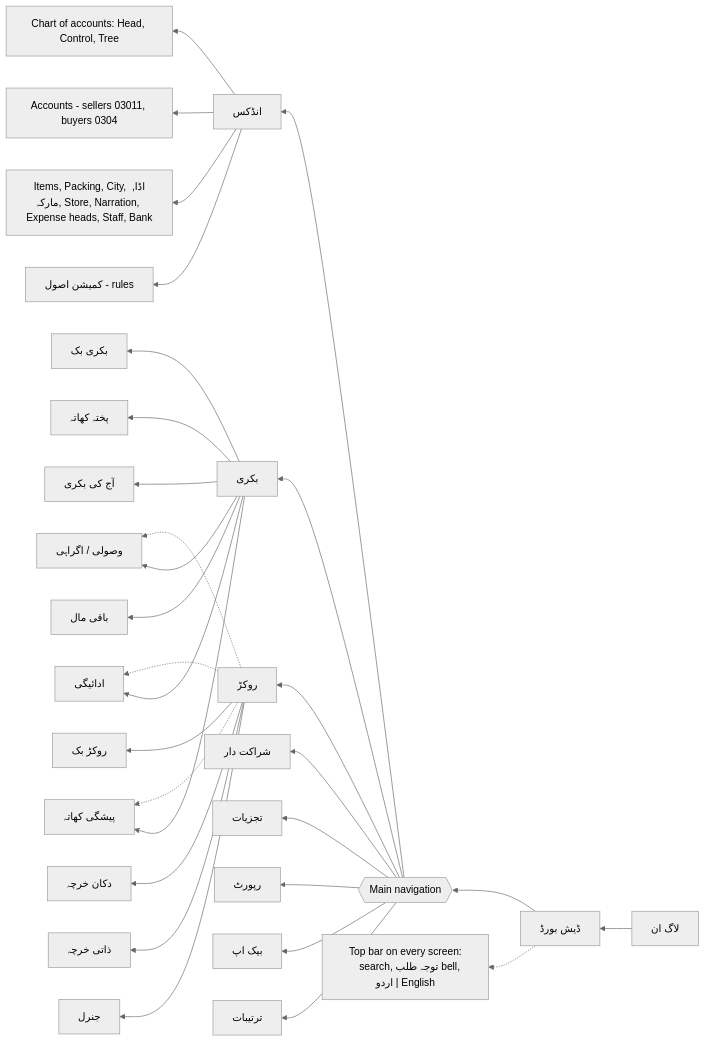
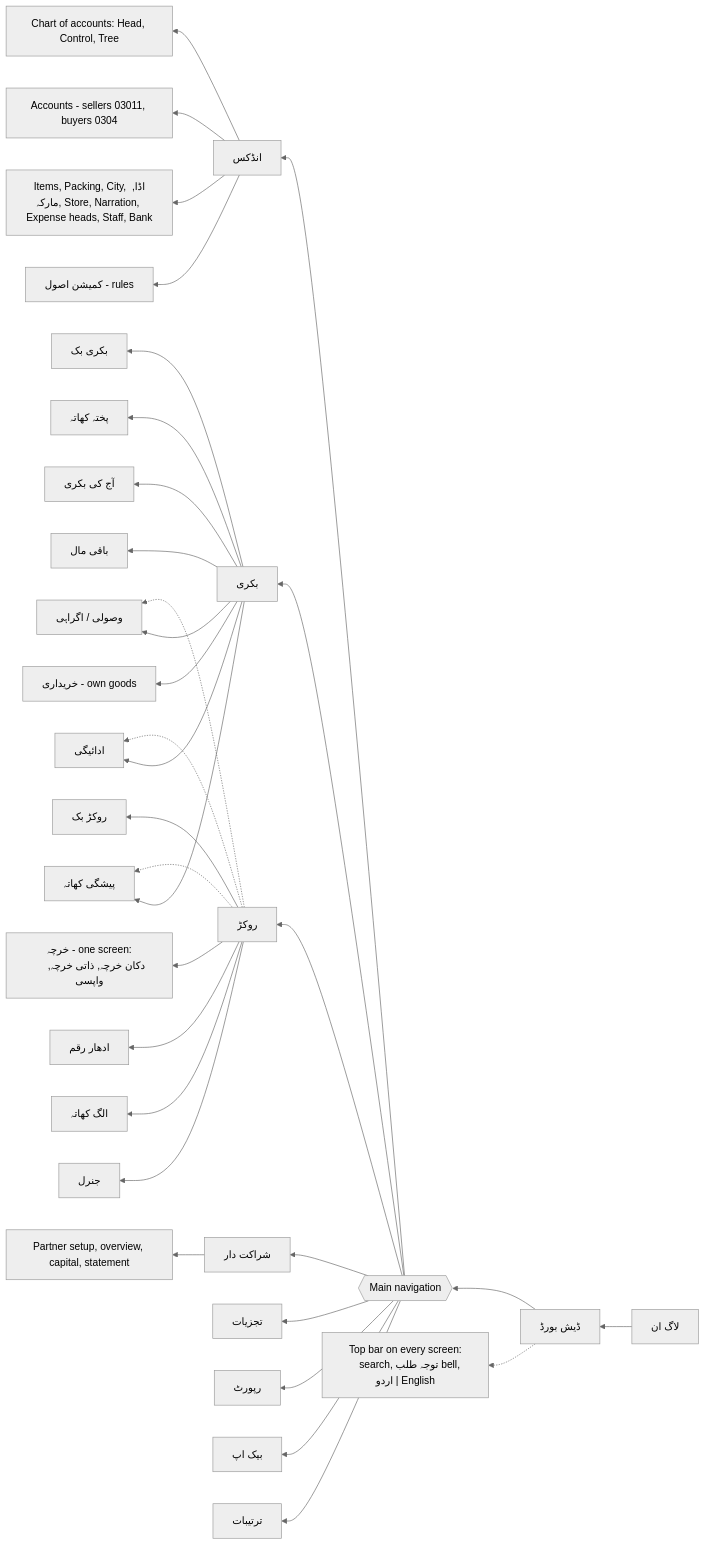
One commit to FaisalHanif12/Fruits-Mandi-Software changed the sixth of 26 diagrams in .claude/rules/Architecture_v1.md. Above: the diagram before and after it, drawn with Mermaid (neutral theme). The commit also changed other lines of this file and 13 other files, not shown here.

````diff
--- a/.claude/rules/Architecture_v1.md
+++ b/.claude/rules/Architecture_v1.md
@@ -208,36 +208,40 @@
 ```mermaid
 flowchart RL
     LOGIN["لاگ ان"] --> DASH["ڈیش بورڈ"]
     DASH --> NAV{{"Main navigation"}}
     NAV --> IDX["انڈکس"]
     NAV --> BIK["بکری"]
     NAV --> ROK["روکڑ"]
     NAV --> PRT["شراکت دار"]
     NAV --> ANL["تجزیات"]
     NAV --> REP["رپورٹ"]
     NAV --> BAK["بیک اپ"]
     NAV --> SET["ترتیبات"]
     DASH -.-> TOP["Top bar on every screen:
     search, توجہ طلب bell, اردو | English"]
 
     IDX --> IDX1["Chart of accounts: Head, Control, Tree"]
     IDX --> IDX2["Accounts - sellers 03011, buyers 0304"]
     IDX --> IDX3["Items, Packing, City, اڈا, مارکہ, Store, Narration, Expense heads, Staff, Bank"]
     IDX --> IDX4["کمیشن اصول - rules"]
 
     BIK --> B1["بکری بک"]
     BIK --> B3["وصولی / اگراہی"]
     BIK --> B4["ادائیگی"]
     BIK --> B5["پیشگی کھاتہ"]
     BIK --> B6["پختہ کھاتہ"]
     BIK --> B7["آج کی بکری"]
     BIK --> B8["باقی مال"]
+    BIK --> B9["خریداری - own goods"]
+    PRT --> P1["Partner setup, overview, capital, statement"]
 
     ROK --> R1["روکڑ بک"]
-    ROK --> R2["دکان خرچہ"]
-    ROK --> R3["ذاتی خرچہ"]
+    ROK --> R2["خرچہ - one screen:
+    دکان خرچہ, ذاتی خرچہ, واپسی"]
+    ROK --> R3["ادھار رقم"]
+    ROK --> R5["الگ کھاتہ"]
     ROK --> R4["جنرل"]
     ROK -.-> B3
     ROK -.-> B4
     ROK -.-> B5
 ```
````
